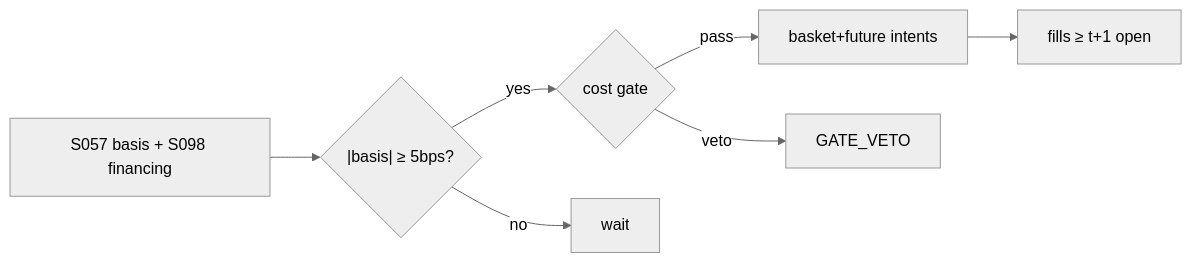
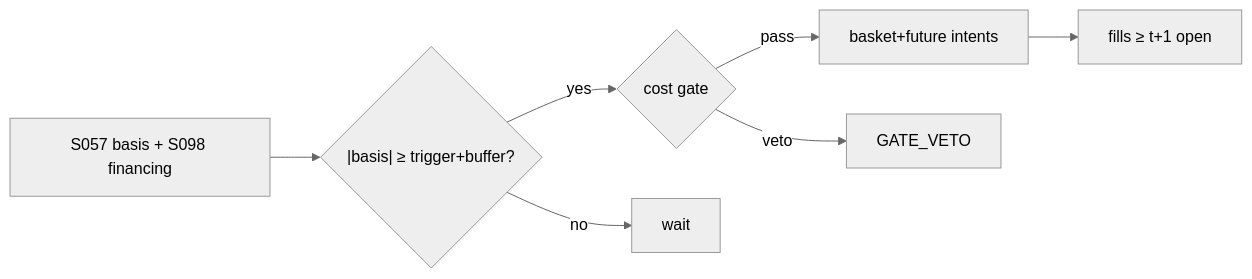
Before and after one commit to praveenguptahcl/quant-signals-deep: the diagram in modules/strategies/T034.md, drawn with Mermaid (neutral theme). The commit also changed other lines of this file and 275 other files, not shown here.

````diff
--- a/modules/strategies/T034.md
+++ b/modules/strategies/T034.md
@@ -477,9 +574,9 @@
 ```mermaid
 flowchart LR
-    SIG["S057 basis + S098 financing"] --> B{"|basis| ≥ 5bps?"}
+    SIG["S057 basis + S098 financing"] --> B{"|basis| ≥ trigger+buffer?"}
     B -->|yes| G{"cost gate"}
     B -->|no| WAIT["wait"]
     G -->|pass| CARRY["basket+future intents"]
     G -->|veto| LOG["GATE_VETO"]
     CARRY --> FILL["fills ≥ t+1 open"]
 ```
````
